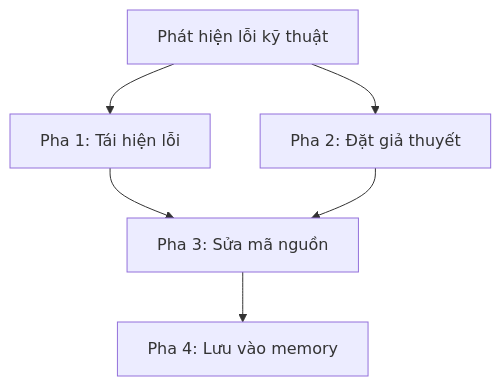
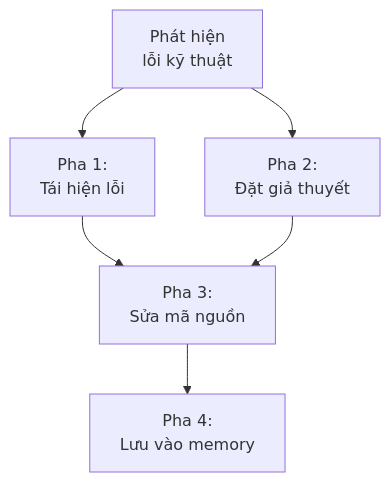
The fifth of 6 diagrams in content/posts/toan-tap-coding-friend-ai-engineering.md (nguyengoctin/my_website), drawn with Mermaid before and after one commit. The commit also changed other lines of this file and 3 other files, not shown here.

````diff
--- a/content/posts/toan-tap-coding-friend-ai-engineering.md
+++ b/content/posts/toan-tap-coding-friend-ai-engineering.md
@@ -161,13 +161,13 @@
 ```mermaid
 flowchart TD
-    Bug["`Phát hiện lỗi kỹ thuật`"]
-    Step1["`Pha 1: Tái hiện lỗi`"]
-    Step2["`Pha 2: Đặt giả thuyết`"]
-    Step3["`Pha 3: Sửa mã nguồn`"]
-    Step4["`Pha 4: Lưu vào memory`"]
+    Bug["`Phát hiện<br/>lỗi kỹ thuật`"]
+    Step1["`Pha 1:<br/>Tái hiện lỗi`"]
+    Step2["`Pha 2:<br/>Đặt giả thuyết`"]
+    Step3["`Pha 3:<br/>Sửa mã nguồn`"]
+    Step4["`Pha 4:<br/>Lưu vào memory`"]
     Bug --> Step1
     Bug --> Step2
     Step1 --> Step3
     Step2 --> Step3
     Step3 --> Step4
 ```
````
